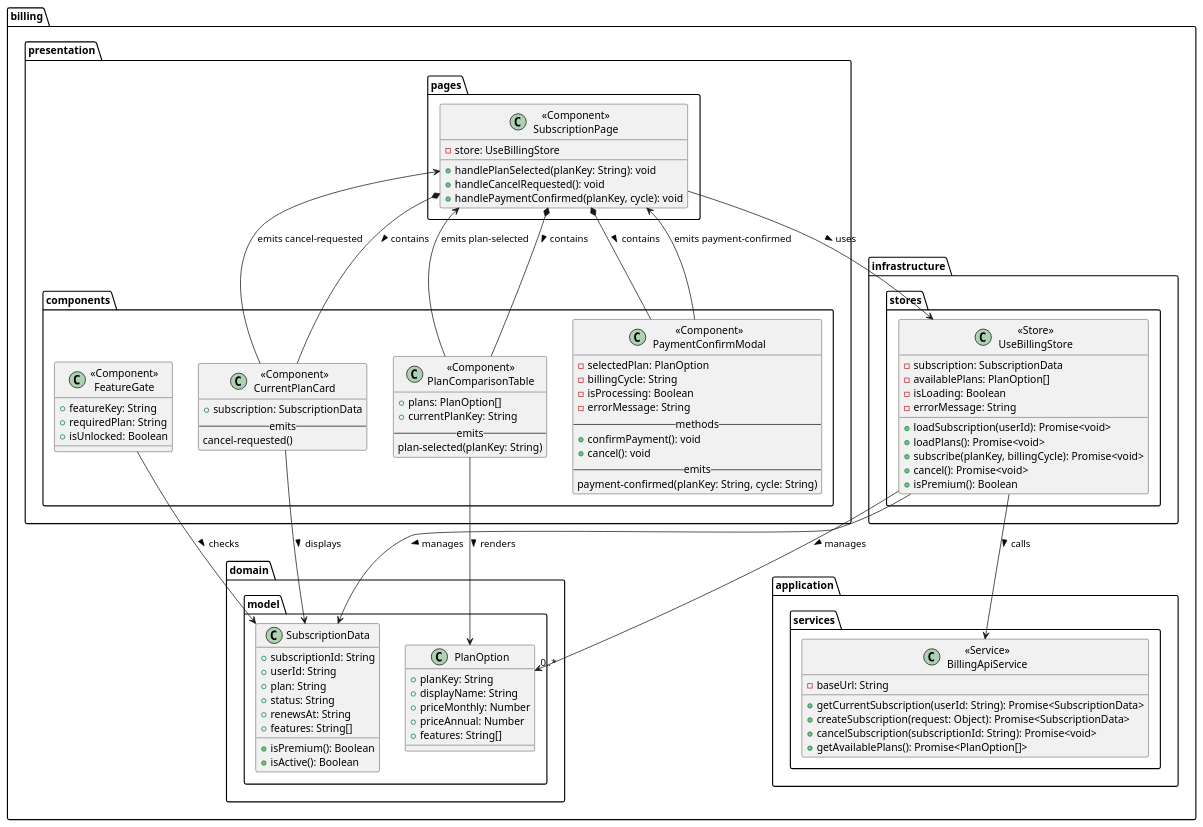
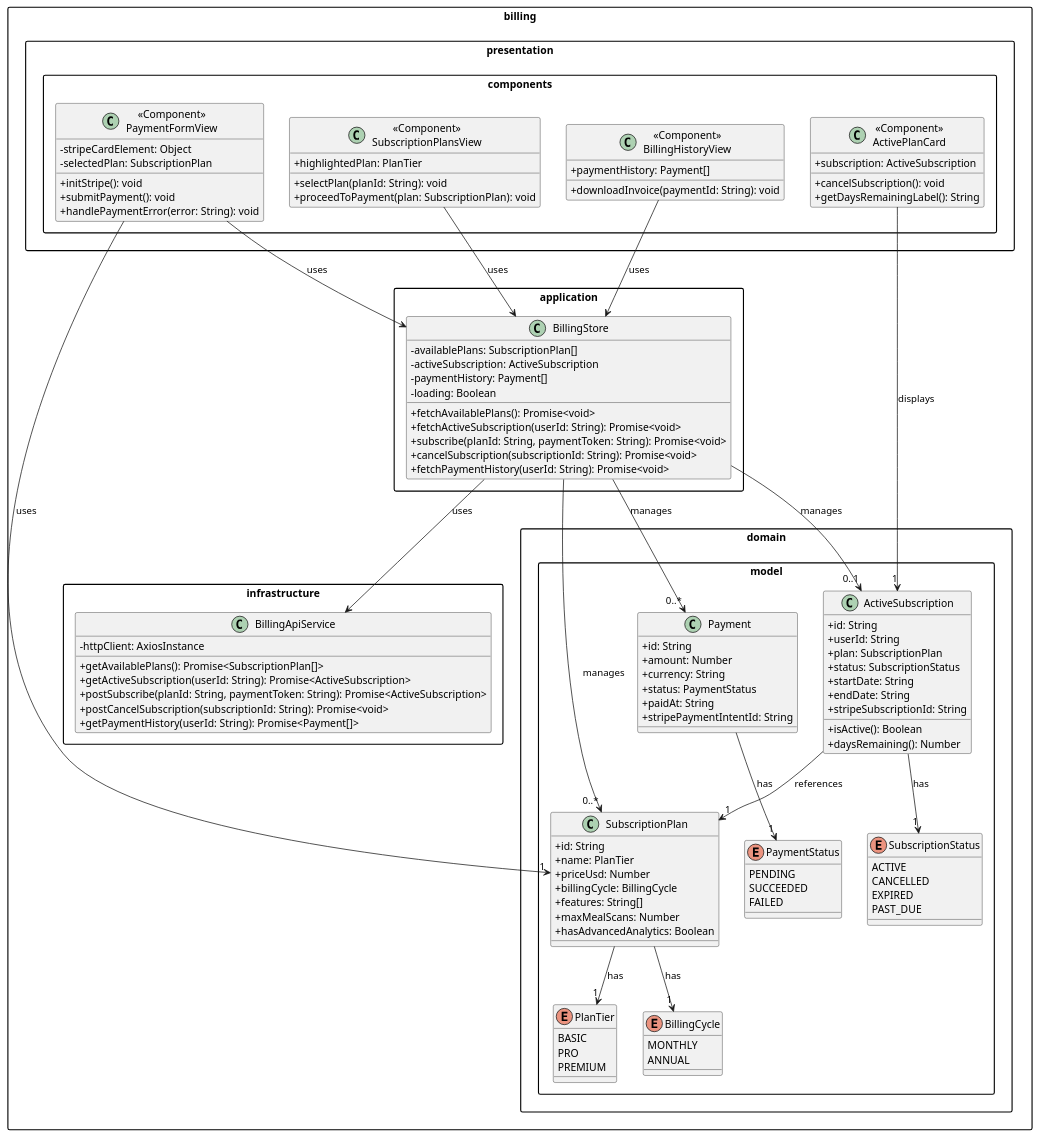
The diagram in docs/class-diagrams/frontend/billing.puml (upc-pre-202610-1asi0730-12053-nutrisens/nutrisense-report), drawn with PlantUML before and after one commit. The commit also changed 13 other files, not shown here.

Commit message:
docs(class-diagrams): change class diagrams

```diff
--- a/docs/class-diagrams/frontend/billing.puml
+++ b/docs/class-diagrams/frontend/billing.puml
@@ -1,109 +1,134 @@
-@startuml NutriSense - Subscriptions & Billing Frontend (Vue)
+@startuml NutriSense - Subscriptions & Billing Frontend Class Diagram
+
+skinparam packageStyle rectangle
+skinparam classAttributeIconSize 0
 
 package "billing" {
 
   package "domain.model" {
-    class SubscriptionData {
-      +subscriptionId: String
-      +userId: String
-      +plan: String
-      +status: String
-      +renewsAt: String
+    class SubscriptionPlan {
+      +id: String
+      +name: PlanTier
+      +priceUsd: Number
+      +billingCycle: BillingCycle
       +features: String[]
-      +isPremium(): Boolean
-      +isActive(): Boolean
+      +maxMealScans: Number
+      +hasAdvancedAnalytics: Boolean
     }
 
-    class PlanOption {
-      +planKey: String
-      +displayName: String
-      +priceMonthly: Number
-      +priceAnnual: Number
-      +features: String[]
+    class ActiveSubscription {
+      +id: String
+      +userId: String
+      +plan: SubscriptionPlan
+      +status: SubscriptionStatus
+      +startDate: String
+      +endDate: String
+      +stripeSubscriptionId: String
+      +isActive(): Boolean
+      +daysRemaining(): Number
+    }
+
+    class Payment {
+      +id: String
+      +amount: Number
+      +currency: String
+      +status: PaymentStatus
+      +paidAt: String
+      +stripePaymentIntentId: String
+    }
+
+    enum PlanTier {
+      BASIC
+      PRO
+      PREMIUM
+    }
+
+    enum BillingCycle {
+      MONTHLY
+      ANNUAL
+    }
+
+    enum SubscriptionStatus {
+      ACTIVE
+      CANCELLED
+      EXPIRED
+      PAST_DUE
+    }
+
+    enum PaymentStatus {
+      PENDING
+      SUCCEEDED
+      FAILED
     }
   }
 
-  package "application.services" {
-    class "«Service»\nBillingApiService" as BillingApiService {
-      -baseUrl: String
-      +getCurrentSubscription(userId: String): Promise<SubscriptionData>
-      +createSubscription(request: Object): Promise<SubscriptionData>
+  package "application" {
+    class BillingStore {
+      -availablePlans: SubscriptionPlan[]
+      -activeSubscription: ActiveSubscription
+      -paymentHistory: Payment[]
+      -loading: Boolean
+      +fetchAvailablePlans(): Promise<void>
+      +fetchActiveSubscription(userId: String): Promise<void>
+      +subscribe(planId: String, paymentToken: String): Promise<void>
       +cancelSubscription(subscriptionId: String): Promise<void>
-      +getAvailablePlans(): Promise<PlanOption[]>
+      +fetchPaymentHistory(userId: String): Promise<void>
     }
   }
 
-  package "infrastructure.stores" {
-    class "«Store»\nUseBillingStore" as UseBillingStore {
-      -subscription: SubscriptionData
-      -availablePlans: PlanOption[]
-      -isLoading: Boolean
-      -errorMessage: String
-      +loadSubscription(userId): Promise<void>
-      +loadPlans(): Promise<void>
-      +subscribe(planKey, billingCycle): Promise<void>
-      +cancel(): Promise<void>
-      +isPremium(): Boolean
+  package "infrastructure" {
+    class BillingApiService {
+      -httpClient: AxiosInstance
+      +getAvailablePlans(): Promise<SubscriptionPlan[]>
+      +getActiveSubscription(userId: String): Promise<ActiveSubscription>
+      +postSubscribe(planId: String, paymentToken: String): Promise<ActiveSubscription>
+      +postCancelSubscription(subscriptionId: String): Promise<void>
+      +getPaymentHistory(userId: String): Promise<Payment[]>
     }
   }
 
   package "presentation.components" {
-    class "«Component»\nCurrentPlanCard" as CurrentPlanCard {
-      +subscription: SubscriptionData
-      -- emits --
-      cancel-requested()
+    class "«Component»\nSubscriptionPlansView" as SubscriptionPlansView {
+      +highlightedPlan: PlanTier
+      +selectPlan(planId: String): void
+      +proceedToPayment(plan: SubscriptionPlan): void
     }
 
-    class "«Component»\nPlanComparisonTable" as PlanComparisonTable {
-      +plans: PlanOption[]
-      +currentPlanKey: String
-      -- emits --
-      plan-selected(planKey: String)
+    class "«Component»\nPaymentFormView" as PaymentFormView {
+      -stripeCardElement: Object
+      -selectedPlan: SubscriptionPlan
+      +initStripe(): void
+      +submitPayment(): void
+      +handlePaymentError(error: String): void
     }
 
-    class "«Component»\nPaymentConfirmModal" as PaymentConfirmModal {
-      -selectedPlan: PlanOption
-      -billingCycle: String
-      -isProcessing: Boolean
-      -errorMessage: String
-      -- methods --
-      +confirmPayment(): void
-      +cancel(): void
-      -- emits --
-      payment-confirmed(planKey: String, cycle: String)
+    class "«Component»\nActivePlanCard" as ActivePlanCard {
+      +subscription: ActiveSubscription
+      +cancelSubscription(): void
+      +getDaysRemainingLabel(): String
     }
 
-    class "«Component»\nFeatureGate" as FeatureGate {
-      +featureKey: String
-      +requiredPlan: String
-      +isUnlocked: Boolean
+    class "«Component»\nBillingHistoryView" as BillingHistoryView {
+      +paymentHistory: Payment[]
+      +downloadInvoice(paymentId: String): void
     }
   }
-
-  package "presentation.pages" {
-    class "«Component»\nSubscriptionPage" as SubscriptionPage {
-      -store: UseBillingStore
-      +handlePlanSelected(planKey: String): void
-      +handleCancelRequested(): void
-      +handlePaymentConfirmed(planKey, cycle): void
-    }
-  }
-
 }
 
 ' Relationships
-UseBillingStore --> BillingApiService : calls >
-UseBillingStore --> SubscriptionData : manages >
-UseBillingStore --> "0..*" PlanOption : manages >
-SubscriptionPage *-- CurrentPlanCard : contains >
-SubscriptionPage *-- PlanComparisonTable : contains >
-SubscriptionPage *-- PaymentConfirmModal : contains >
-SubscriptionPage --> UseBillingStore : uses >
-CurrentPlanCard --> SubscriptionData : displays >
-PlanComparisonTable --> PlanOption : renders >
-FeatureGate --> SubscriptionData : checks >
-CurrentPlanCard -up-> SubscriptionPage : emits cancel-requested
-PlanComparisonTable -up-> SubscriptionPage : emits plan-selected
-PaymentConfirmModal -up-> SubscriptionPage : emits payment-confirmed
+BillingStore --> BillingApiService : uses
+BillingStore --> SubscriptionPlan : manages "0..*"
+BillingStore --> ActiveSubscription : manages "0..1"
+BillingStore --> Payment : manages "0..*"
+ActiveSubscription --> SubscriptionPlan : references "1"
+ActiveSubscription --> SubscriptionStatus : has "1"
+Payment --> PaymentStatus : has "1"
+SubscriptionPlan --> PlanTier : has "1"
+SubscriptionPlan --> BillingCycle : has "1"
+SubscriptionPlansView --> BillingStore : uses
+PaymentFormView --> BillingStore : uses
+PaymentFormView --> SubscriptionPlan : uses "1"
+ActivePlanCard --> ActiveSubscription : displays "1"
+BillingHistoryView --> BillingStore : uses
 
 @enduml
```
